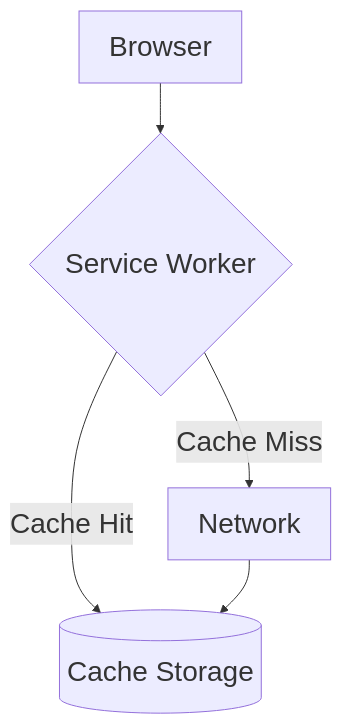
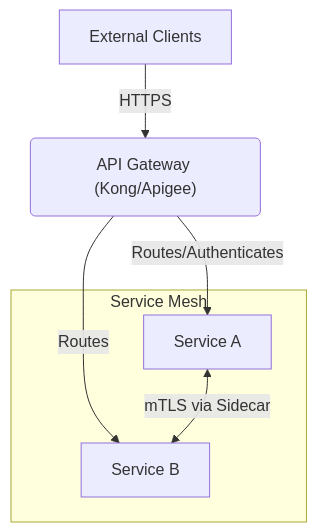
Before and after one commit to j4flmao/agent-skills: the diagram in skills/enterprise/references/enterprise-integration-patterns_ref_2.md, drawn with Mermaid. The commit also changed other lines of this file and 3 other files, not shown here.

````diff
--- a/skills/enterprise/references/enterprise-integration-patterns_ref_2.md
+++ b/skills/enterprise/references/enterprise-integration-patterns_ref_2.md
@@ -46,8 +24,11 @@
 ```mermaid
-%%{init: {"theme": "default", "themeVariables": {"fontSize": "28px"}, "flowchart": {"useMaxWidth": true}}}%%
-graph TD
-    A[Browser] --> B{Service Worker}
-    B -->|Cache Hit| C[(Cache Storage)]
-    B -->|Cache Miss| D[Network]
-    D --> C
+%%{init: {"theme": "default", "flowchart": {"useMaxWidth": true}}}%%
+flowchart TD
+    A["External Clients"] -->|"HTTPS"| B("API Gateway (Kong/Apigee)")
+    B -->|"Routes/Authenticates"| C["Service A"]
+    B -->|"Routes"| D["Service B"]
+    
+    subgraph Service Mesh
+        C <-->|"mTLS via Sidecar"| D
+    end
 ```
````
